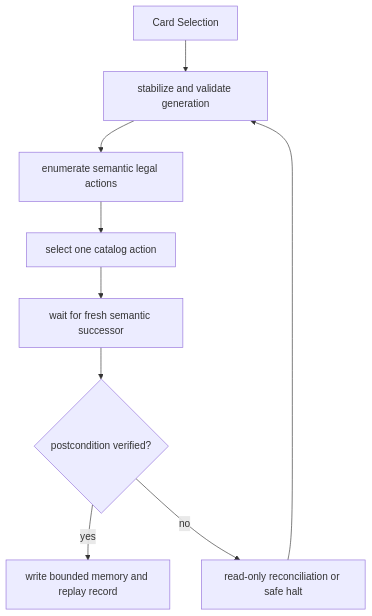
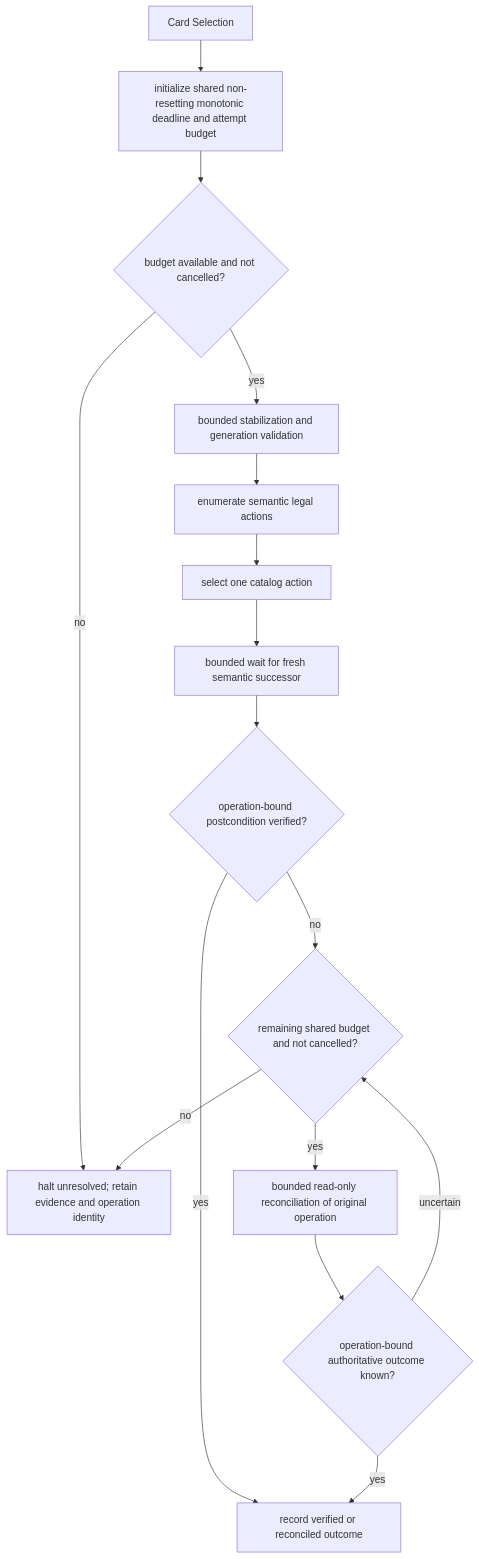
Before and after one commit to AI-Ascension/sts2-harness: the diagram in docs/research/sts2-expert-state-package/diagrams/states/card_selection.mmd, drawn with Mermaid. The commit also changed 135 other files, not shown here.

Commit message:
fix(research): bound generated recovery and halt unresolved outcomes

```diff
--- a/docs/research/sts2-expert-state-package/diagrams/states/card_selection.mmd
+++ b/docs/research/sts2-expert-state-package/diagrams/states/card_selection.mmd
@@ -1,11 +1,19 @@
 %% Generated by sts2-expert-state-package-generator/1; requirements baseline only.
 flowchart TD
-    E["Card Selection"] --> B["stabilize and validate generation"]
+    E["Card Selection"] --> I["initialize shared non-resetting monotonic deadline and attempt budget"]
+    I --> Q{"budget available and not cancelled?"}
+    Q -->|no| H["halt unresolved; retain evidence and operation identity"]
+    Q -->|yes| B["bounded stabilization and generation validation"]
     B --> L["enumerate semantic legal actions"]
     L --> X["select one catalog action"]
-    X --> W["wait for fresh semantic successor"]
-    W --> V{"postcondition verified?"}
-    V -->|yes| M["write bounded memory and replay record"]
-    V -->|no| R["read-only reconciliation or safe halt"]
-    R --> B
+    X --> W["bounded wait for fresh semantic successor"]
+    W --> V{"operation-bound postcondition verified?"}
+    V -->|yes| M["record verified or reconciled outcome"]
+    V -->|no| C{"remaining shared budget and not cancelled?"}
+    C -->|no| H
+    C -->|yes| R["bounded read-only reconciliation of original operation"]
+    R --> K{"operation-bound authoritative outcome known?"}
+    K -->|yes| M
+    K -->|uncertain| C
+    %% No recovery edge returns to action selection; halt has no outgoing edge.
     %% Stable node key: card_selection
```
